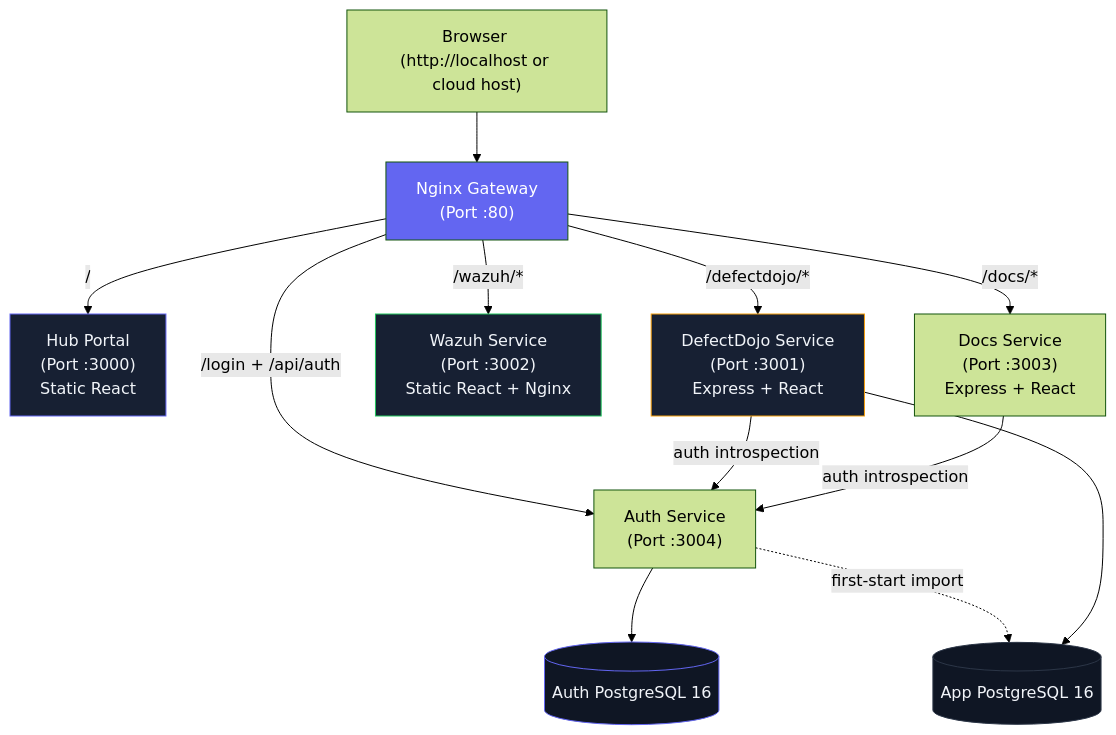
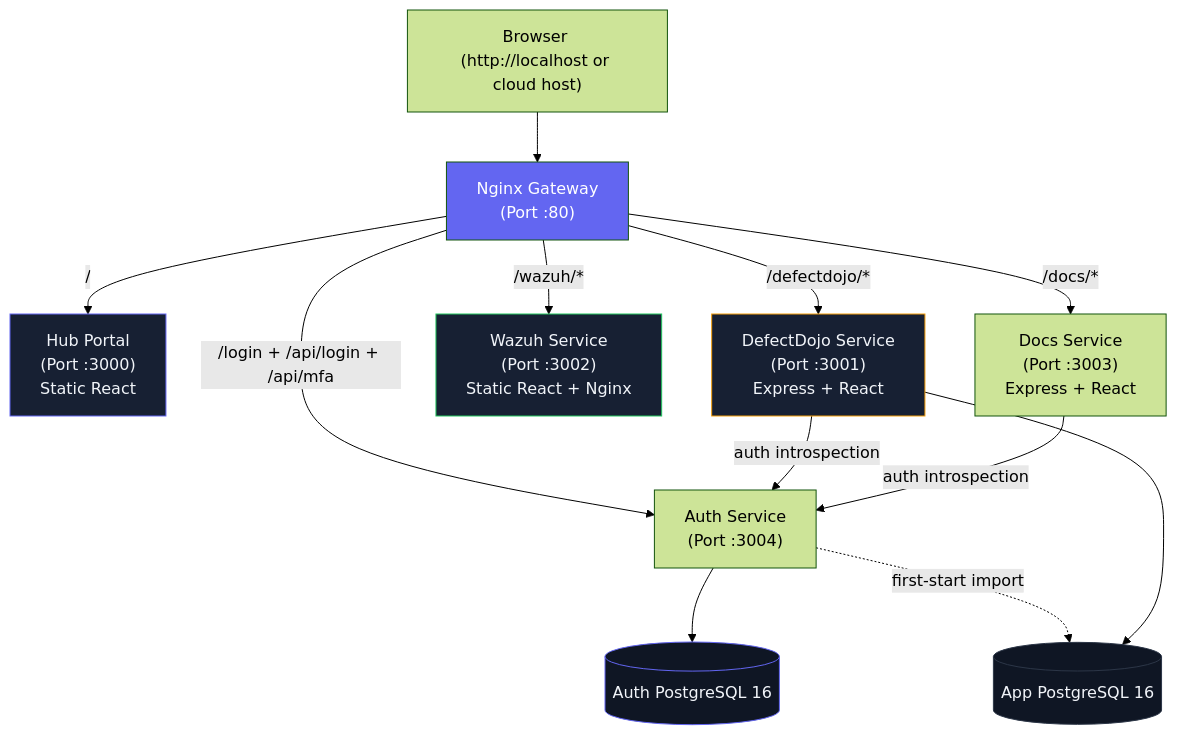
The diagram in README.md (Ratthapoom681/Middleware-2.0), drawn with Mermaid (forest theme) before and after one commit. The commit also changed other lines of this file and 29 other files, not shown here.

First line of the commit message:
feat(auth): implement email-only MFA enrollment invitations and update user interface

````diff
--- a/README.md
+++ b/README.md
@@ -11,22 +11,22 @@
 ```mermaid
 graph TB
     User["Browser (http://localhost or cloud host)"] --> Gateway["Nginx Gateway\n(Port :80)"]
     
     Gateway -->|"/"| Hub["Hub Portal\n(Port :3000)\nStatic React"]
-    Gateway -->|"/login + /api/auth"| Auth["Auth Service\n(Port :3004)"]
+    Gateway -->|"/login + /api/login + /api/mfa"| Auth["Auth Service\n(Port :3004)"]
     Gateway -->|"/defectdojo/*"| DDojo["DefectDojo Service\n(Port :3001)\nExpress + React"]
     Gateway -->|"/wazuh/*"| Wazuh["Wazuh Service\n(Port :3002)\nStatic React + Nginx"]
     Gateway -->|"/docs/*"| Docs["Docs Service\n(Port :3003)\nExpress + React"]
     
     Auth --> AuthDB[(Auth PostgreSQL 16)]
     Auth -. first-start import .-> DB[(App PostgreSQL 16)]
     DDojo --> DB
     DDojo & Docs -->|auth introspection| Auth
 
     style Gateway fill:#6366f1,color:#fff
     style Hub fill:#172033,stroke:#6366f1,color:#f1f4f9
     style DDojo fill:#172033,stroke:#f59e0b,color:#f1f4f9
     style Wazuh fill:#172033,stroke:#22c55e,color:#f1f4f9
     style AuthDB fill:#0f1624,stroke:#6366f1,color:#f1f4f9
     style DB fill:#0f1624,stroke:#2d3748,color:#f1f4f9
 ```
````
